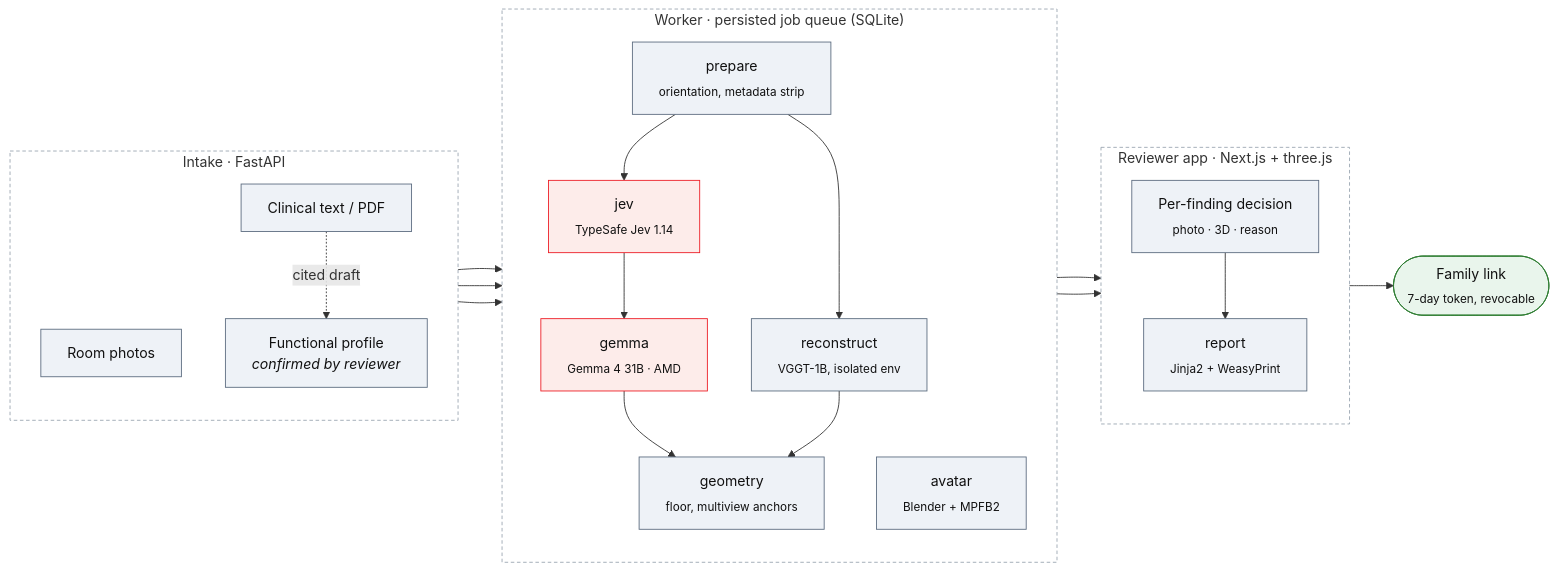
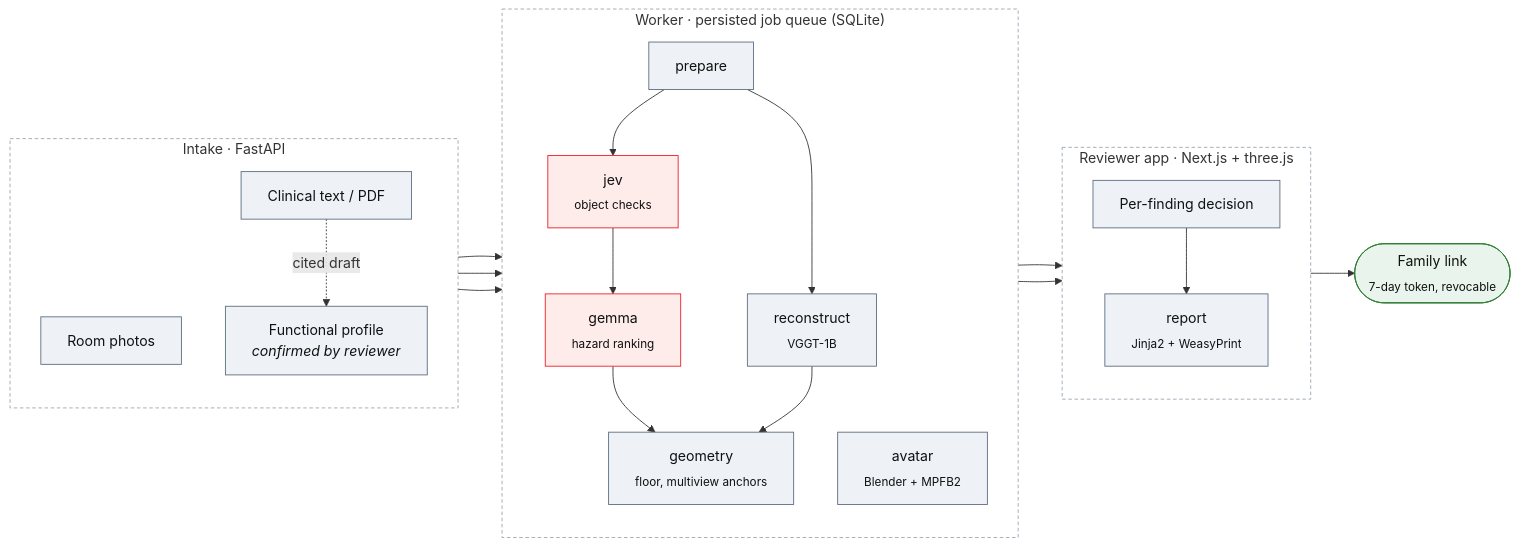
One commit to jacopopper/amd-hack changed the diagram in README.md. Above: the diagram before and after it, drawn with Mermaid. The commit also changed other lines of this file, not shown here.

````diff
--- a/README.md
+++ b/README.md
@@ -63,48 +55,48 @@
 ```mermaid
 flowchart LR
     subgraph IN["Intake · FastAPI"]
         direction TB
         PH["Room photos"]
         DOC["Clinical text / PDF"]
         PRO["Functional profile<br/><i>confirmed by reviewer</i>"]
         DOC -. cited draft .-> PRO
     end
 
     subgraph WK["Worker · persisted job queue (SQLite)"]
         direction TB
-        PREP["prepare<br/><sub>orientation, metadata strip</sub>"]
-        JEV["jev<br/><sub>TypeSafe Jev 1.14</sub>"]
-        REC["reconstruct<br/><sub>VGGT-1B, isolated env</sub>"]
-        GEM["gemma<br/><sub>Gemma 4 31B · AMD</sub>"]
+        PREP["prepare"]
+        JEV["jev<br/><sub>object checks</sub>"]
+        REC["reconstruct<br/><sub>VGGT-1B</sub>"]
+        GEM["gemma<br/><sub>hazard ranking</sub>"]
         GEO["geometry<br/><sub>floor, multiview anchors</sub>"]
         AV["avatar<br/><sub>Blender + MPFB2</sub>"]
         PREP --> JEV --> GEM --> GEO
         PREP --> REC --> GEO
     end
 
     subgraph RV["Reviewer app · Next.js + three.js"]
         direction TB
-        DEC["Per-finding decision<br/><sub>photo · 3D · reason</sub>"]
+        DEC["Per-finding decision"]
         RPT["report<br/><sub>Jinja2 + WeasyPrint</sub>"]
         DEC --> RPT
     end
 
     FAM(["Family link<br/><sub>7-day token, revocable</sub>"])
 
     PH --> PREP
     PRO --> GEM
     PRO --> AV
     GEO --> DEC
     AV --> DEC
     RPT --> FAM
 
     classDef ext fill:#fdecea,stroke:#ED1C24,color:#111
     classDef local fill:#eef2f7,stroke:#5b6b7f,color:#111
     classDef out fill:#e9f5ec,stroke:#2e7d32,color:#111
     class JEV,GEM ext
     class PREP,REC,GEO,AV,DEC,RPT,PH,DOC,PRO local
     class FAM out
     style IN fill:none,stroke:#9aa5b1,stroke-dasharray:4 3
     style WK fill:none,stroke:#9aa5b1,stroke-dasharray:4 3
     style RV fill:none,stroke:#9aa5b1,stroke-dasharray:4 3
 ```
````
